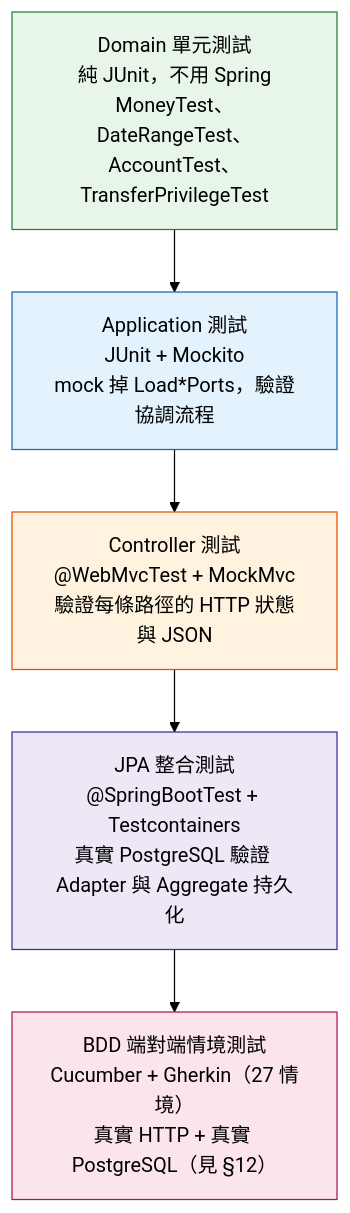
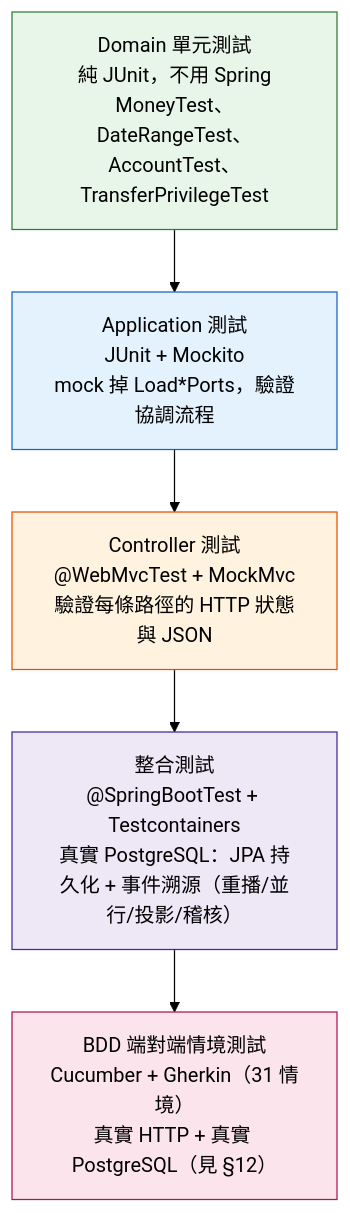
One commit to ChunPingWang/spring-boot-ddd-hexagonal-cqrs-tutorial changed the sixth of 8 diagrams in README.md. Above: the diagram before and after it, drawn with Mermaid (forest theme). The commit also changed other lines of this file and 31 other files, not shown here.

````diff
--- a/README.md
+++ b/README.md
@@ -483,14 +491,14 @@
 ```mermaid
 flowchart TB
     D["Domain 單元測試<br/>純 JUnit，不用 Spring<br/>MoneyTest、DateRangeTest、AccountTest、TransferPrivilegeTest"]
     A["Application 測試<br/>JUnit + Mockito<br/>mock 掉 Load*Ports，驗證協調流程"]
     W["Controller 測試<br/>@WebMvcTest + MockMvc<br/>驗證每條路徑的 HTTP 狀態與 JSON"]
-    I["JPA 整合測試<br/>@SpringBootTest + Testcontainers<br/>真實 PostgreSQL 驗證 Adapter 與 Aggregate 持久化"]
-    E["BDD 端對端情境測試<br/>Cucumber + Gherkin（27 情境）<br/>真實 HTTP + 真實 PostgreSQL（見 §12）"]
+    I["整合測試<br/>@SpringBootTest + Testcontainers<br/>真實 PostgreSQL：JPA 持久化 + 事件溯源（重播/並行/投影/稽核）"]
+    E["BDD 端對端情境測試<br/>Cucumber + Gherkin（31 情境）<br/>真實 HTTP + 真實 PostgreSQL（見 §12）"]
     D --> A --> W --> I --> E
     style D fill:#e8f5e9,stroke:#2e7d32
     style A fill:#e3f2fd,stroke:#1565c0
     style W fill:#fff3e0,stroke:#e65100
     style I fill:#ede7f6,stroke:#4527a0
     style E fill:#fce4ec,stroke:#ad1457
 ```
````
